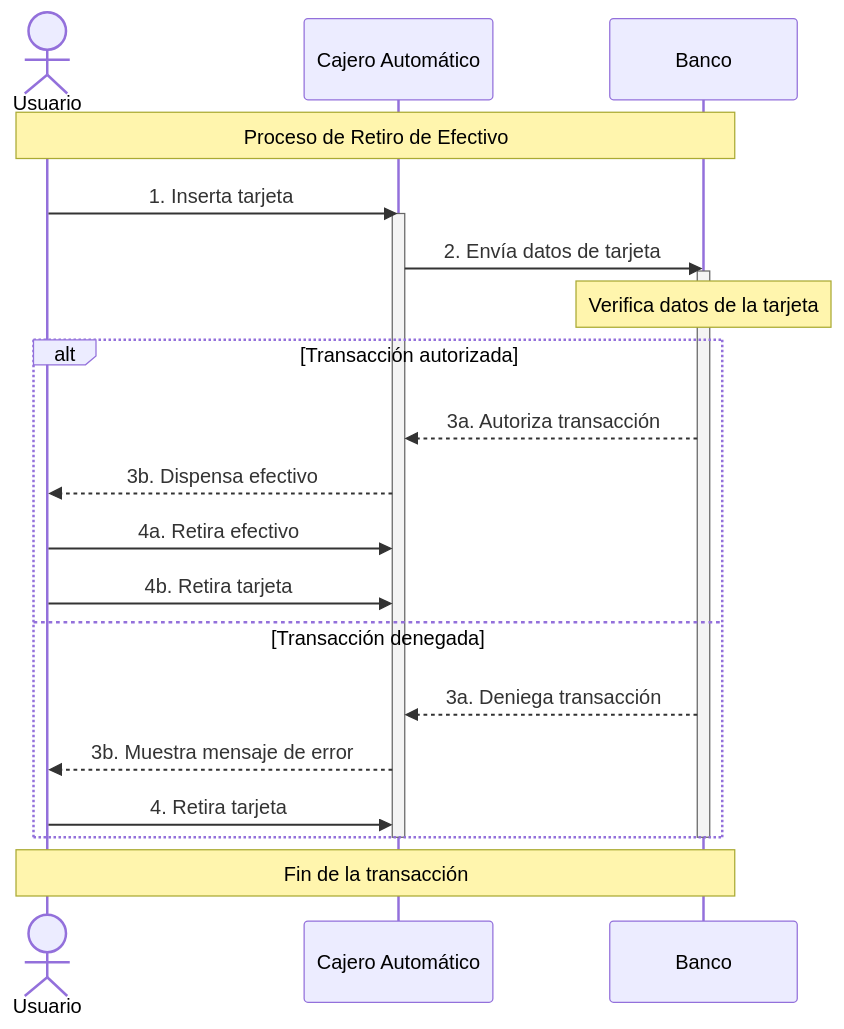
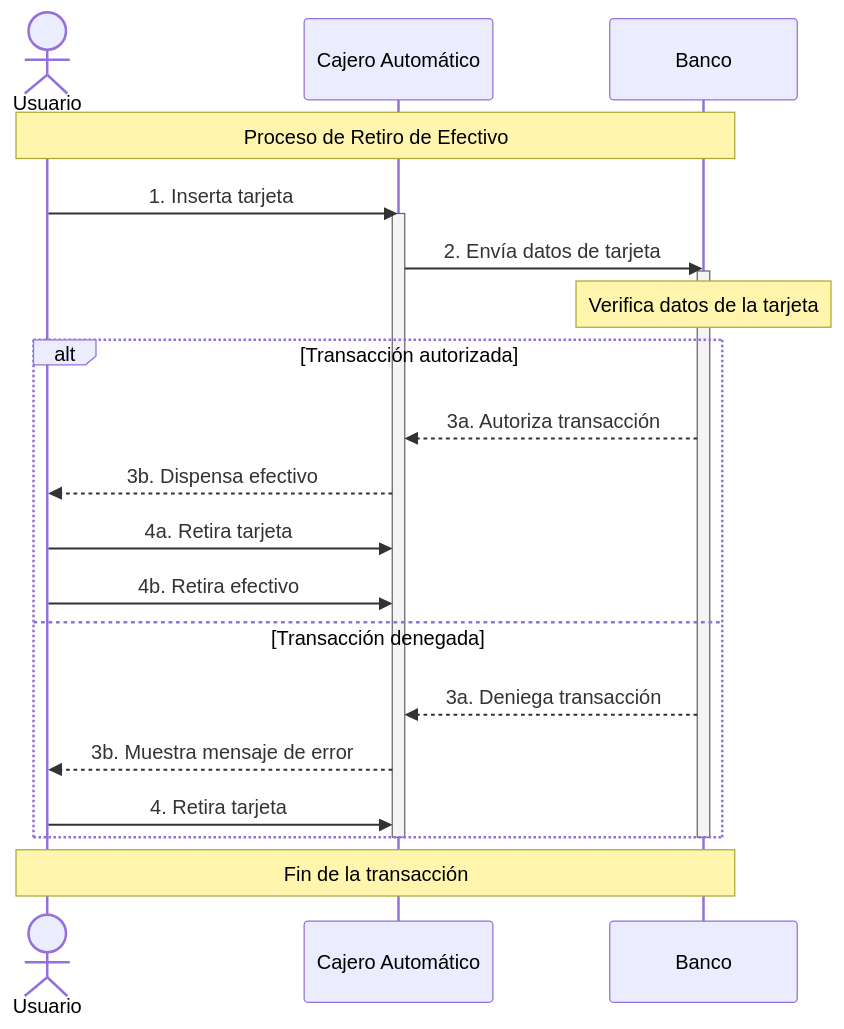
Before and after one commit to PedroHurtado/umlview1: the diagram in 04-secuence/secuence2.md, drawn with Mermaid.

Commit message:
change operation order in secuence diagram

````diff
--- a/04-secuence/secuence2.md
+++ b/04-secuence/secuence2.md
@@ -36,41 +36,41 @@
 ```mermaid
 sequenceDiagram
     # Definición de participantes
     actor Usuario
     participant ATM as Cajero Automático
     participant Banco as Banco
 
     # Nota general
     Note over Usuario,Banco: Proceso de Retiro de Efectivo
 
     # Mensajes básicos
     Usuario->>ATM: 1. Inserta tarjeta
     
     # Activación de participante
     activate ATM
     
     ATM->>Banco: 2. Envía datos de tarjeta
     activate Banco
     
     # Nota sobre un participante
     Note over Banco: Verifica datos de la tarjeta
 
     # Estructura condicional
     alt Transacción autorizada
         Banco-->>ATM: 3a. Autoriza transacción
         ATM-->>Usuario: 3b. Dispensa efectivo
-        Usuario->>ATM: 4a. Retira efectivo
-        Usuario->>ATM: 4b. Retira tarjeta
+        Usuario->>ATM: 4a. Retira tarjeta
+        Usuario->>ATM: 4b. Retira efectivo        
     else Transacción denegada
         Banco-->>ATM: 3a. Deniega transacción
         ATM-->>Usuario: 3b. Muestra mensaje de error
         Usuario->>ATM: 4. Retira tarjeta
     end
 
     # Desactivación de participantes
     deactivate Banco
     deactivate ATM
 
     # Nota final
     Note over Usuario,Banco: Fin de la transacción
 ```
````
